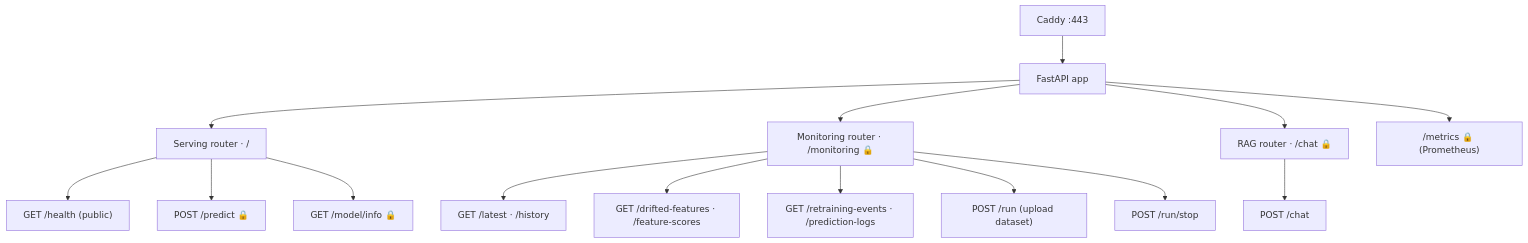
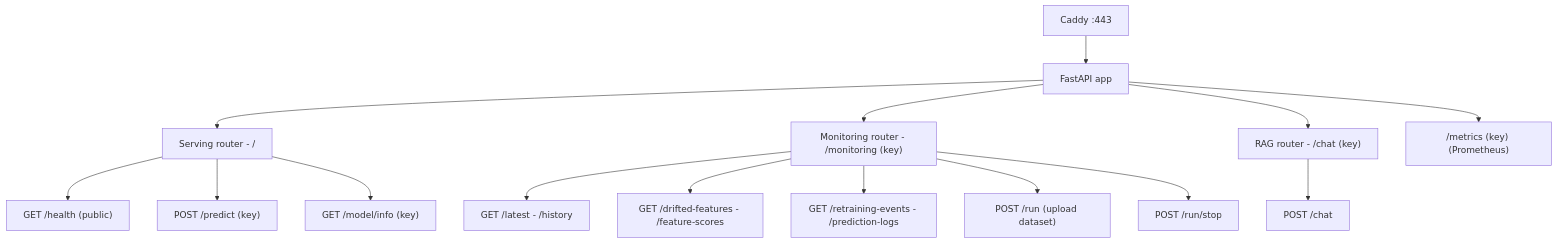
The second of 4 diagrams in README.md (mohvijayjain/Sentinel-AI), drawn with Mermaid before and after one commit. The commit also changed other lines of this file, not shown here.

Commit message:
README: use plain-text Mermaid diagrams so GitHub renders them

````diff
--- a/README.md
+++ b/README.md
@@ -58,21 +58,21 @@
 ```mermaid
 flowchart TD
     C[Caddy :443] --> APP[FastAPI app]
 
-    APP --> R1["Serving router · /"]
-    APP --> R2["Monitoring router · /monitoring 🔒"]
-    APP --> R3["RAG router · /chat 🔒"]
-    APP --> R4["/metrics 🔒 (Prometheus)"]
+    APP --> R1["Serving router - /"]
+    APP --> R2["Monitoring router - /monitoring (key)"]
+    APP --> R3["RAG router - /chat (key)"]
+    APP --> R4["/metrics (key) (Prometheus)"]
 
     R1 --> H["GET /health (public)"]
-    R1 --> P["POST /predict 🔒"]
-    R1 --> MI["GET /model/info 🔒"]
+    R1 --> P["POST /predict (key)"]
+    R1 --> MI["GET /model/info (key)"]
 
-    R2 --> L["GET /latest · /history"]
-    R2 --> F["GET /drifted-features · /feature-scores"]
-    R2 --> E["GET /retraining-events · /prediction-logs"]
+    R2 --> L["GET /latest - /history"]
+    R2 --> F["GET /drifted-features - /feature-scores"]
+    R2 --> E["GET /retraining-events - /prediction-logs"]
     R2 --> RUN["POST /run (upload dataset)"]
     R2 --> STOP["POST /run/stop"]
 
     R3 --> CHAT["POST /chat"]
 ```
````
